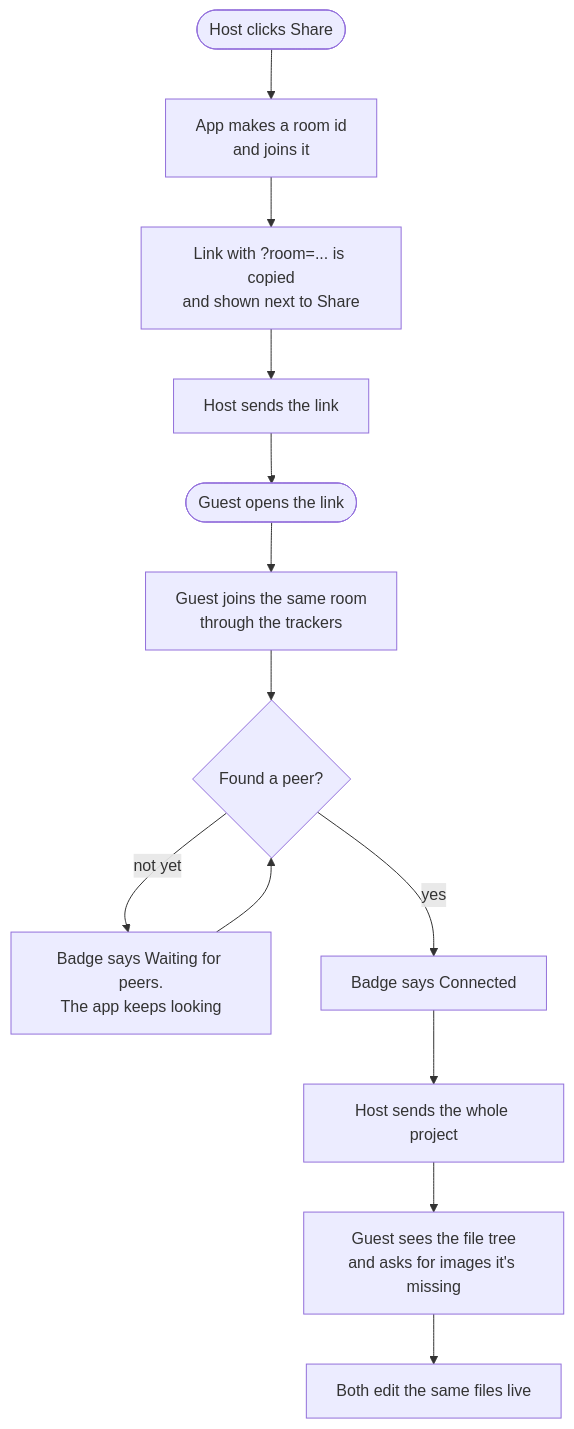
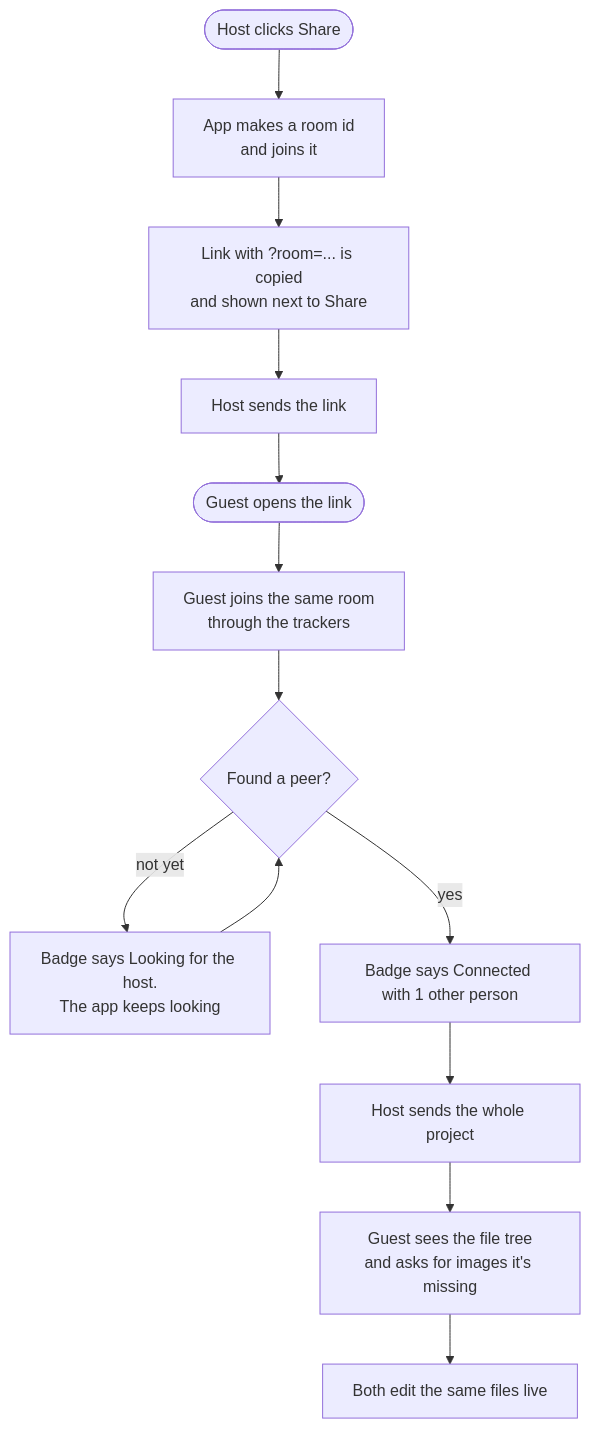
Before and after one commit to PrestonHager/LaTeXCollaborativeEditor: the third of 11 diagrams in docs/how-it-fits.md, drawn with Mermaid. The commit also changed other lines of this file and 2 other files, not shown here.

Commit message:
Use the in-app help badge wording in docs
#66 made the connection badge say things like "Connected with 2 other
people", so the message tables and diagrams now use that text.

````diff
--- a/docs/how-it-fits.md
+++ b/docs/how-it-fits.md
@@ -97,15 +97,15 @@
 ```mermaid
 flowchart TD
     A([Host clicks Share]) --> B[App makes a room id<br/>and joins it]
     B --> C[Link with ?room=... is copied<br/>and shown next to Share]
     C --> D[Host sends the link]
     D --> E([Guest opens the link])
     E --> F[Guest joins the same room<br/>through the trackers]
     F --> G{Found a peer?}
-    G -- not yet --> H[Badge says Waiting for peers.<br/>The app keeps looking]
+    G -- not yet --> H[Badge says Looking for the host.<br/>The app keeps looking]
     H --> G
-    G -- yes --> I[Badge says Connected]
+    G -- yes --> I[Badge says Connected with 1 other person]
     I --> J[Host sends the whole project]
     J --> K[Guest sees the file tree<br/>and asks for images it's missing]
     K --> L[Both edit the same files live]
 ```
````
